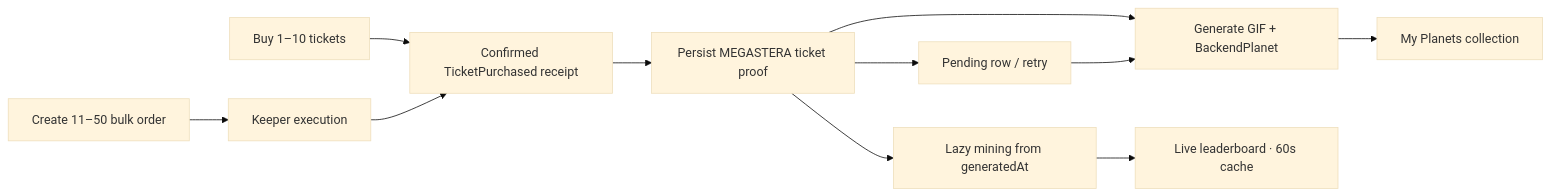
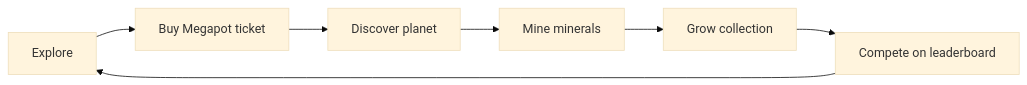
Before and after one commit to AstralEX1/megastera: the first of 2 diagrams in README.md, drawn with Mermaid (base theme). The commit also changed other lines of this file and 61 other files, not shown here.

````diff
--- a/README.md
+++ b/README.md
@@ -10,12 +17,9 @@
 ```mermaid
 flowchart LR
-  A["Buy 1–10 tickets"] --> B["Confirmed TicketPurchased receipt"]
-  A2["Create 11–50 bulk order"] --> A3["Keeper execution"] --> B
-  B --> C["Persist MEGASTERA ticket proof"]
-  C --> D["Generate GIF + BackendPlanet"]
-  D --> E["My Planets collection"]
-  C --> P["Pending row / retry"]
-  P --> D
-  C --> F["Lazy mining from generatedAt"]
-  F --> G["Live leaderboard · 60s cache"]
+  A[Explore] --> B[Buy Megapot ticket]
+  B --> C[Discover planet]
+  C --> D[Mine minerals]
+  D --> E[Grow collection]
+  E --> F[Compete on leaderboard]
+  F --> A
 ```
````
